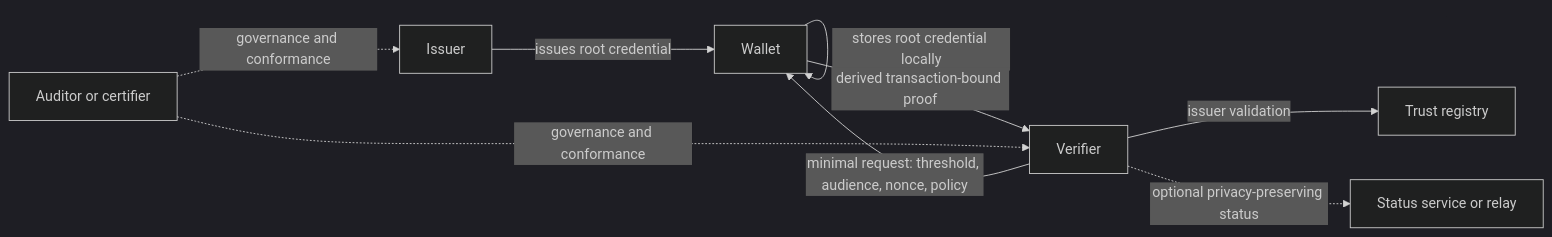
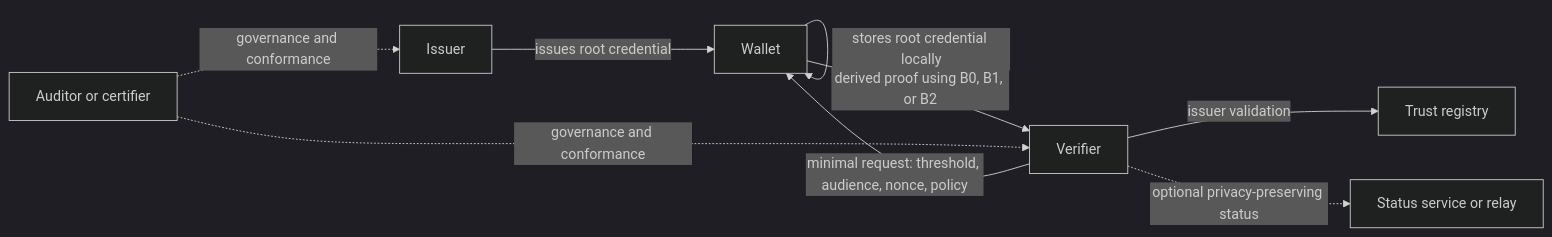
Before and after one commit to JGx101/Minimal-Age-Disclosure: the diagram in docs/architecture/ARCHITECTURE_OVERVIEW.md, drawn with Mermaid (dark theme). The commit also changed other lines of this file and 34 other files, not shown here.

Commit message:
Resolve architecture gaps for binding and conformance

````diff
--- a/docs/architecture/ARCHITECTURE_OVERVIEW.md
+++ b/docs/architecture/ARCHITECTURE_OVERVIEW.md
@@ -116,11 +129,11 @@
 ```mermaid
 flowchart LR
     I[Issuer] -->|issues root credential| W[Wallet]
     W -->|stores root credential locally| W
     V[Verifier] -->|minimal request: threshold, audience, nonce, policy| W
-    W -->|derived transaction-bound proof| V
+    W -->|derived proof using B0, B1, or B2| V
     V -->|issuer validation| T[Trust registry]
     V -. optional privacy-preserving status .-> S[Status service or relay]
     A[Auditor or certifier] -. governance and conformance .-> I
     A -. governance and conformance .-> V
 ```
````
